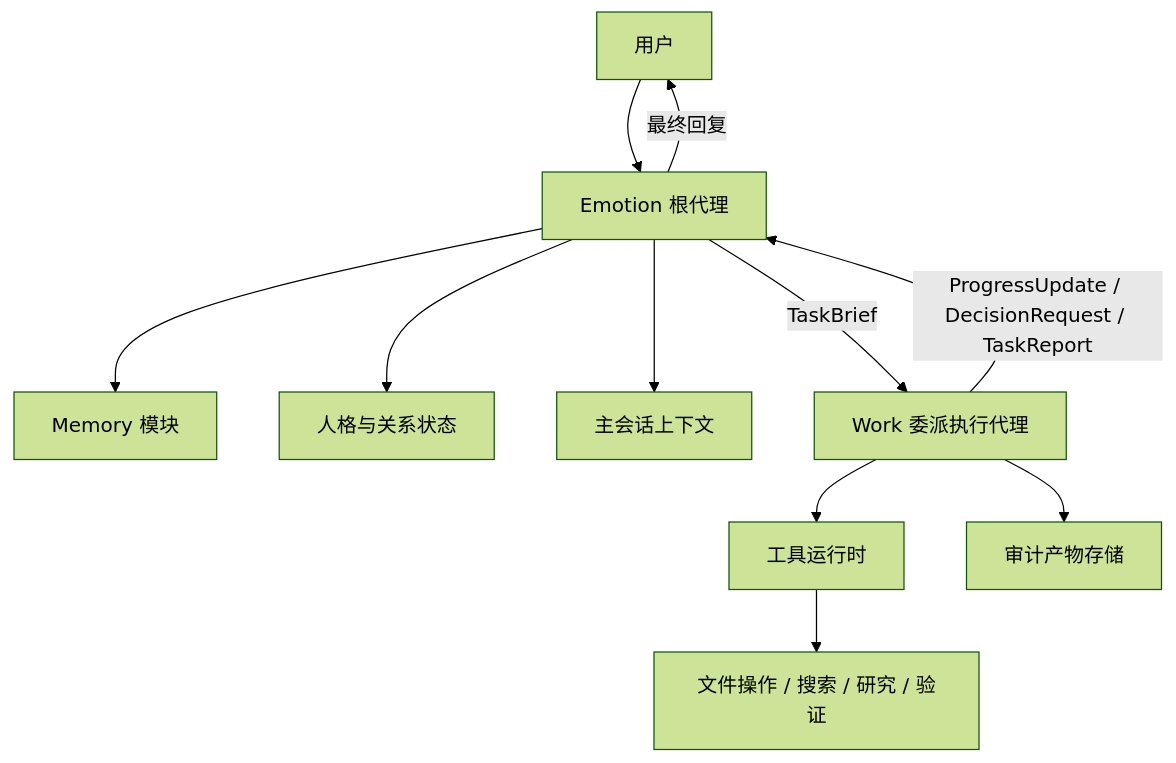
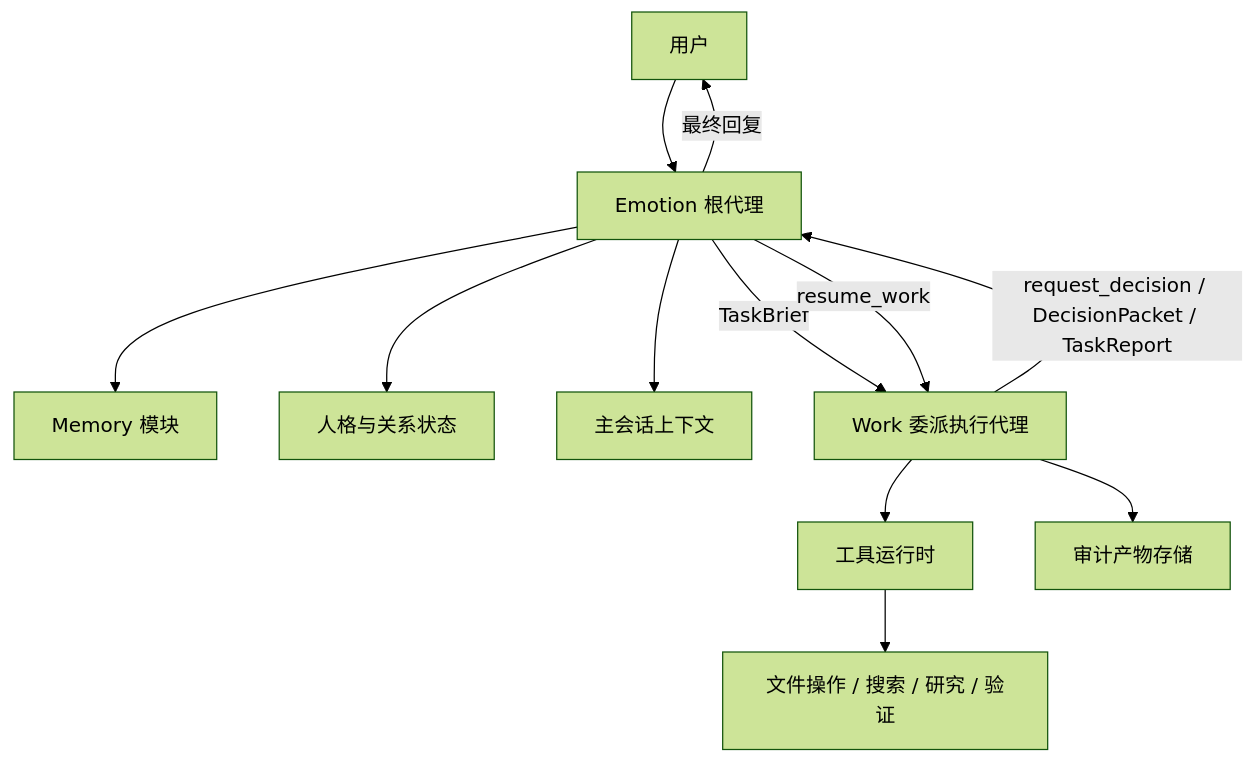
The first of 4 diagrams in docs/architecture/设计方案.md (LongYiSang/EmoAgent), drawn with Mermaid (forest theme) before and after one commit. The commit also changed other lines of this file and 3 other files, not shown here.

````diff
--- a/docs/architecture/设计方案.md
+++ b/docs/architecture/设计方案.md
@@ -67,18 +67,19 @@
 ```mermaid
 graph TD
     U["用户"] --> E["Emotion 根代理"]
 
     E --> M["Memory 模块"]
     E --> P["人格与关系状态"]
     E --> C["主会话上下文"]
 
     E -->|TaskBrief| W["Work 委派执行代理"]
 
     W --> T["工具运行时"]
     T --> F["文件操作 / 搜索 / 研究 / 验证"]
 
     W --> A["审计产物存储"]
-    W -->|ProgressUpdate / DecisionRequest / TaskReport| E
+    W -->|request_decision / DecisionPacket / TaskReport| E
+    E -->|resume_work| W
 
     E -->|最终回复| U
 ```
````
